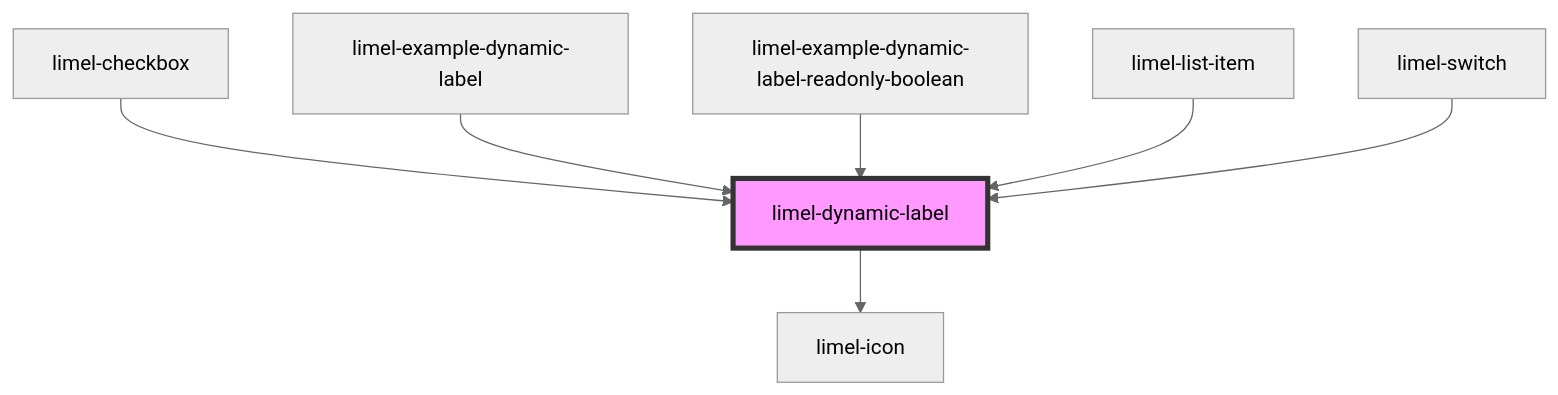
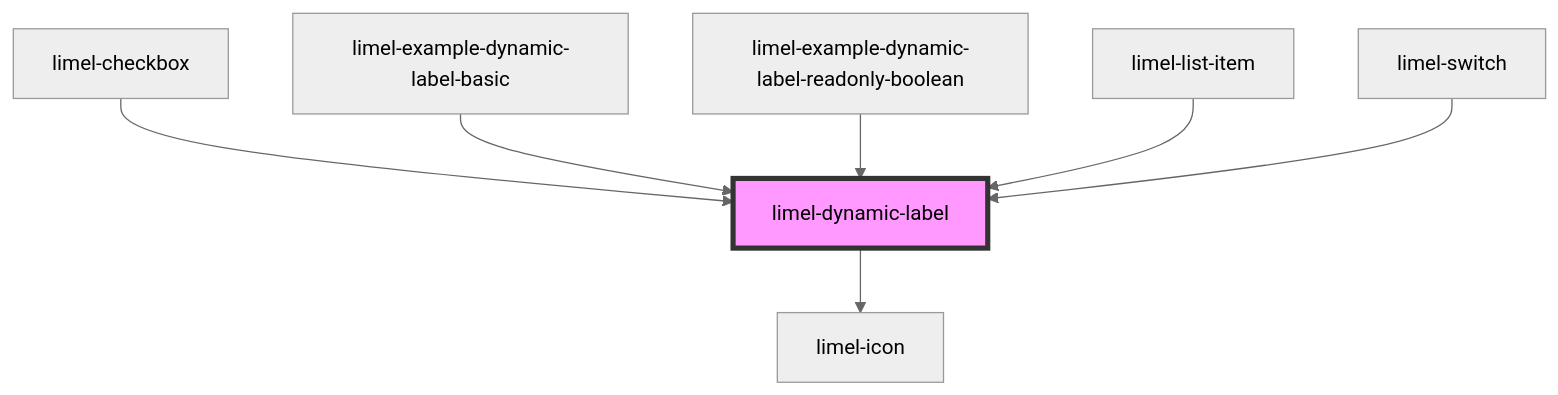
The diagram in versions/PR-3981/markdown-docs/components/dynamic-label/readme.md (Lundalogik/lime-elements), drawn with Mermaid (neutral theme) before and after one commit. The commit also changed other lines of this file and 211 other files, not shown here.

````diff
--- a/versions/PR-3981/markdown-docs/components/dynamic-label/readme.md
+++ b/versions/PR-3981/markdown-docs/components/dynamic-label/readme.md
@@ -43,10 +43,10 @@
 ```mermaid
 graph TD;
   limel-dynamic-label --> limel-icon
   limel-checkbox --> limel-dynamic-label
-  limel-example-dynamic-label --> limel-dynamic-label
+  limel-example-dynamic-label-basic --> limel-dynamic-label
   limel-example-dynamic-label-readonly-boolean --> limel-dynamic-label
   limel-list-item --> limel-dynamic-label
   limel-switch --> limel-dynamic-label
   style limel-dynamic-label fill:#f9f,stroke:#333,stroke-width:4px
 ```
````
